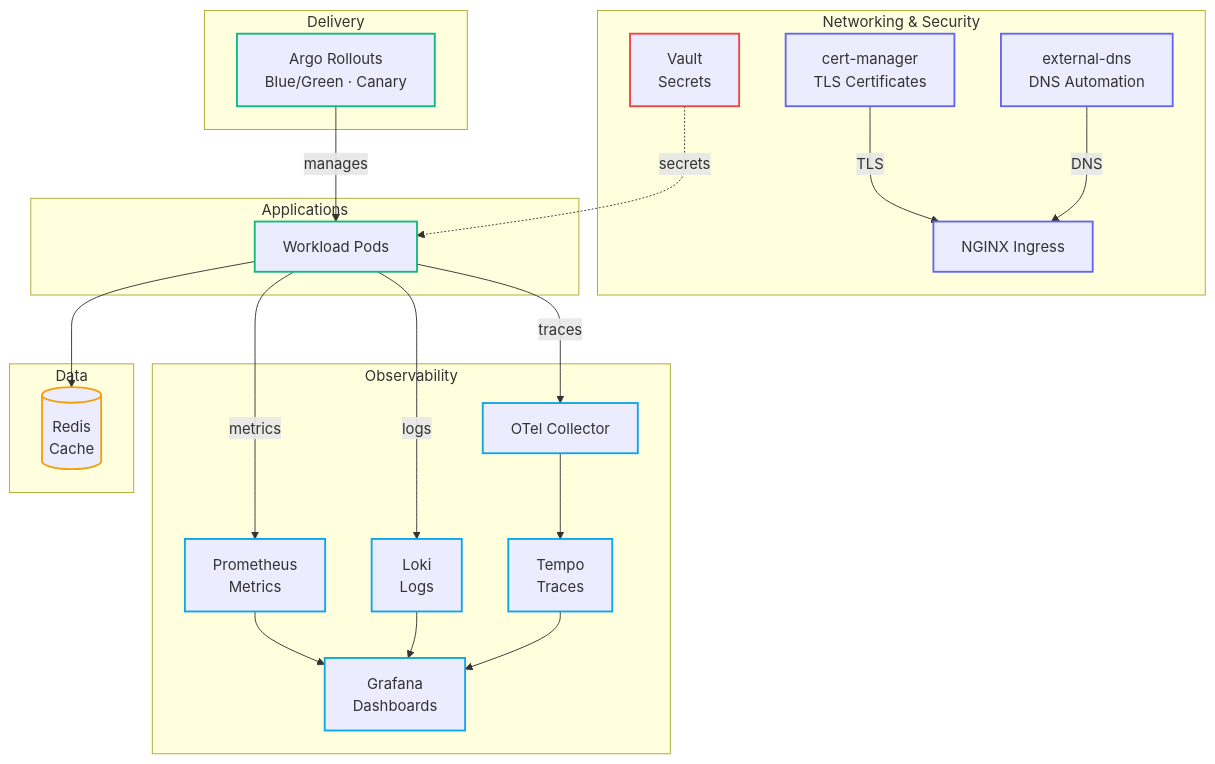
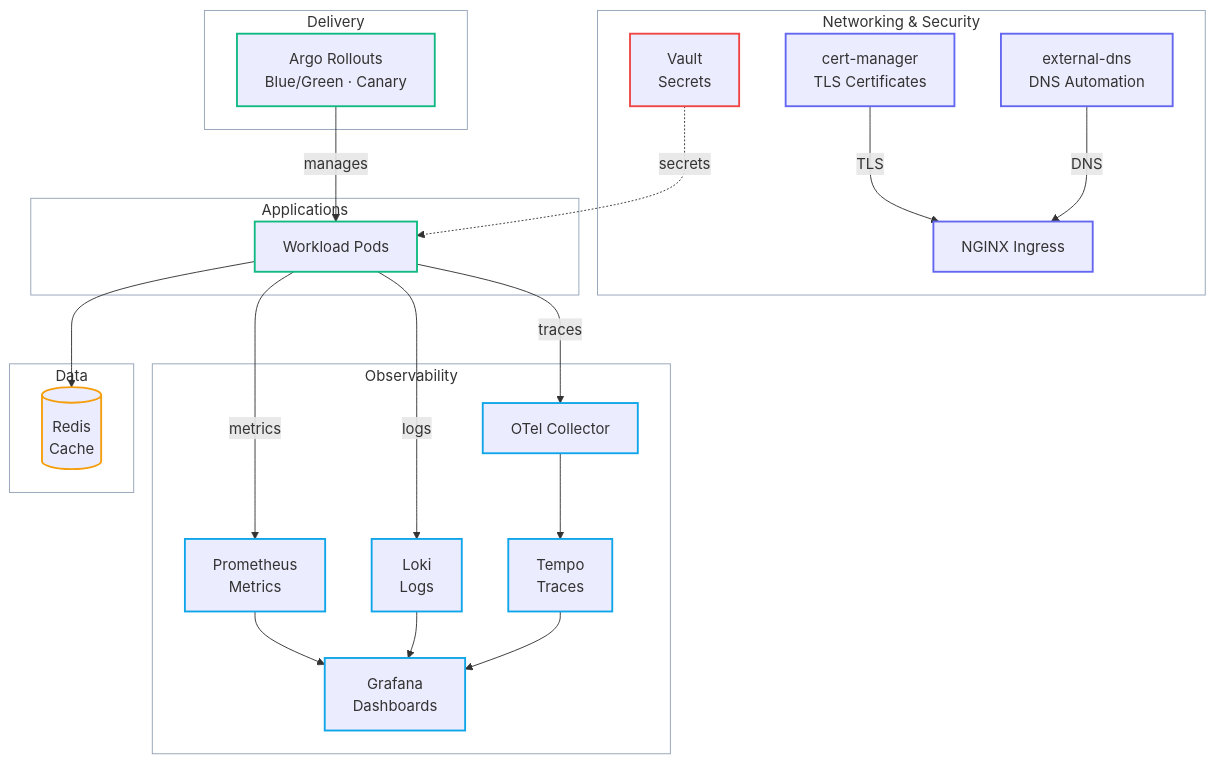
Before and after one commit to tobrazo/devops: the third of 3 diagrams in gitops/README.md, drawn with Mermaid. The commit also changed other lines of this file and 1 other file, not shown here.

Commit message:
docs: transparent mermaid subgraph backgrounds (drop default yellow) (#3)
Style every subgraph container fill:transparent with a soft slate border, so
group backgrounds follow the page theme instead of mermaid's default cream fill.

````diff
--- a/gitops/README.md
+++ b/gitops/README.md
@@ -190,56 +195,62 @@
 ```mermaid
 flowchart TB
 
 subgraph observability["Observability"]
   prometheus["Prometheus<br/>Metrics"]
   grafana["Grafana<br/>Dashboards"]
   loki["Loki<br/>Logs"]
   tempo["Tempo<br/>Traces"]
   otel["OTel Collector"]
 end
 
 subgraph networking["Networking & Security"]
   certmgr["cert-manager<br/>TLS Certificates"]
   extdns["external-dns<br/>DNS Automation"]
   ingress["NGINX Ingress"]
   vault["Vault<br/>Secrets"]
 end
 
 subgraph delivery["Delivery"]
   rollouts["Argo Rollouts<br/>Blue/Green · Canary"]
 end
 
 subgraph data["Data"]
   redis[("Redis<br/>Cache")]
 end
 
 subgraph apps["Applications"]
   workload["Workload Pods"]
 end
 
 workload -->|metrics| prometheus
 workload -->|logs| loki
 workload -->|traces| otel
 otel --> tempo
 prometheus --> grafana
 loki --> grafana
 tempo --> grafana
 certmgr -->|TLS| ingress
 extdns -->|DNS| ingress
 rollouts -->|manages| workload
 vault -.->|secrets| workload
 workload --> redis
 
 classDef obs stroke:#0ea5e9,stroke-width:2px;
 classDef ctrl stroke:#6366f1,stroke-width:2px;
 classDef warn stroke:#ef4444,stroke-width:2px;
 classDef deliver stroke:#10b981,stroke-width:2px;
 classDef data stroke:#f59e0b,stroke-width:2px;
 
 class prometheus,grafana,loki,tempo,otel obs;
 class certmgr,extdns,ingress ctrl;
 class vault warn;
 class rollouts deliver;
 class redis data;
 class workload deliver;
+
+style observability fill:transparent,stroke:#94a3b8,stroke-width:1px
+style networking fill:transparent,stroke:#94a3b8,stroke-width:1px
+style delivery fill:transparent,stroke:#94a3b8,stroke-width:1px
+style data fill:transparent,stroke:#94a3b8,stroke-width:1px
+style apps fill:transparent,stroke:#94a3b8,stroke-width:1px
 ```
````
